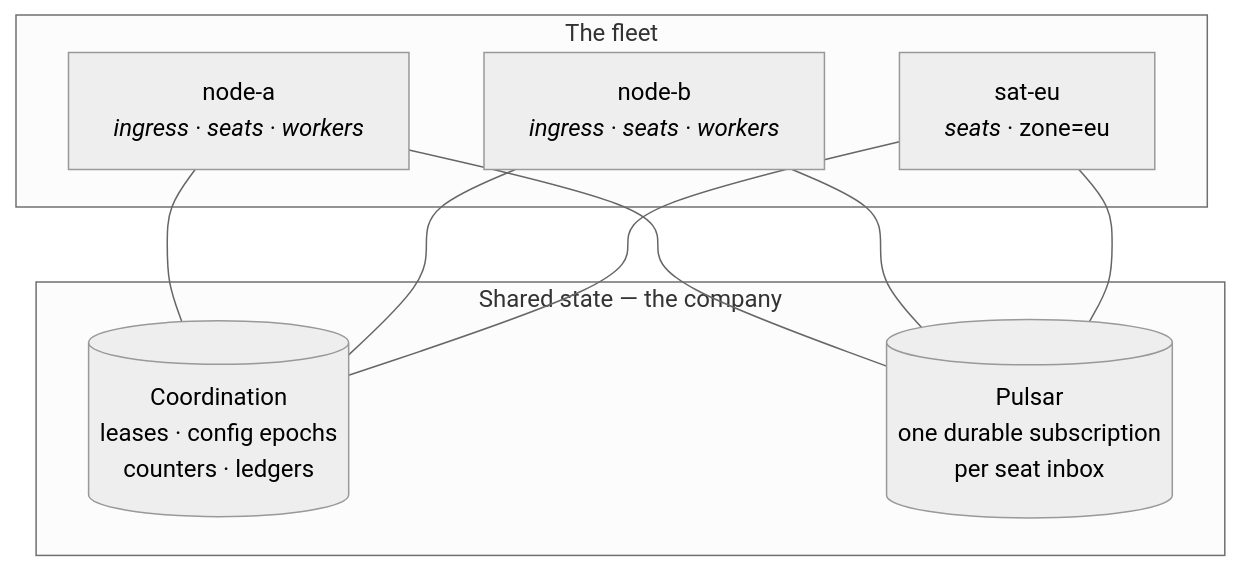
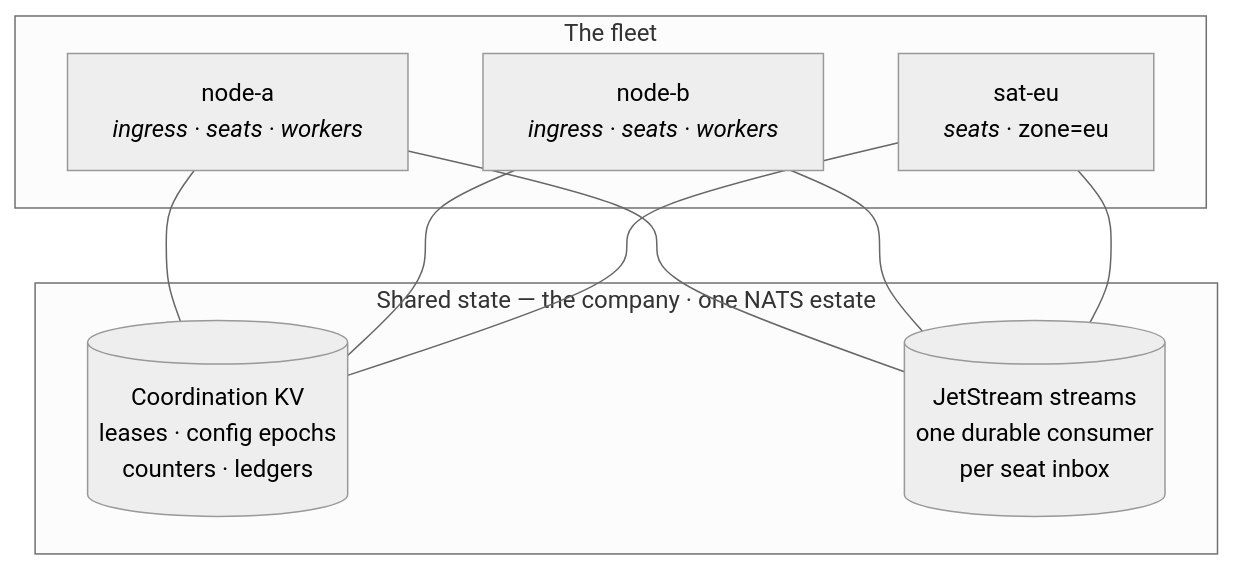
Before and after one commit to crewlet/crewlet: the diagram in docs/concepts/scaling.md, drawn with Mermaid (neutral theme). The commit also changed other lines of this file and 71 other files, not shown here.

First line of the commit message:
refactor(queue): remove the apache pulsar stream backend

````diff
--- a/docs/concepts/scaling.md
+++ b/docs/concepts/scaling.md
@@ -39,18 +39,18 @@
 ```mermaid
 flowchart TB
     subgraph fleet["The fleet"]
         N1["node-a<br/><i>ingress · seats · workers</i>"]
         N2["node-b<br/><i>ingress · seats · workers</i>"]
         N3["sat-eu<br/><i>seats</i> · zone=eu"]
     end
-    subgraph shared["Shared state — the company"]
-        KV[("Coordination<br/>leases · config epochs<br/>counters · ledgers")]
-        MQ[("Pulsar<br/>one durable subscription<br/>per seat inbox")]
+    subgraph shared["Shared state — the company · one NATS estate"]
+        KV[("Coordination KV<br/>leases · config epochs<br/>counters · ledgers")]
+        MQ[("JetStream streams<br/>one durable consumer<br/>per seat inbox")]
     end
     N1 --- KV
     N2 --- KV
     N3 --- KV
     N1 --- MQ
     N2 --- MQ
     N3 --- MQ
 ```
````
